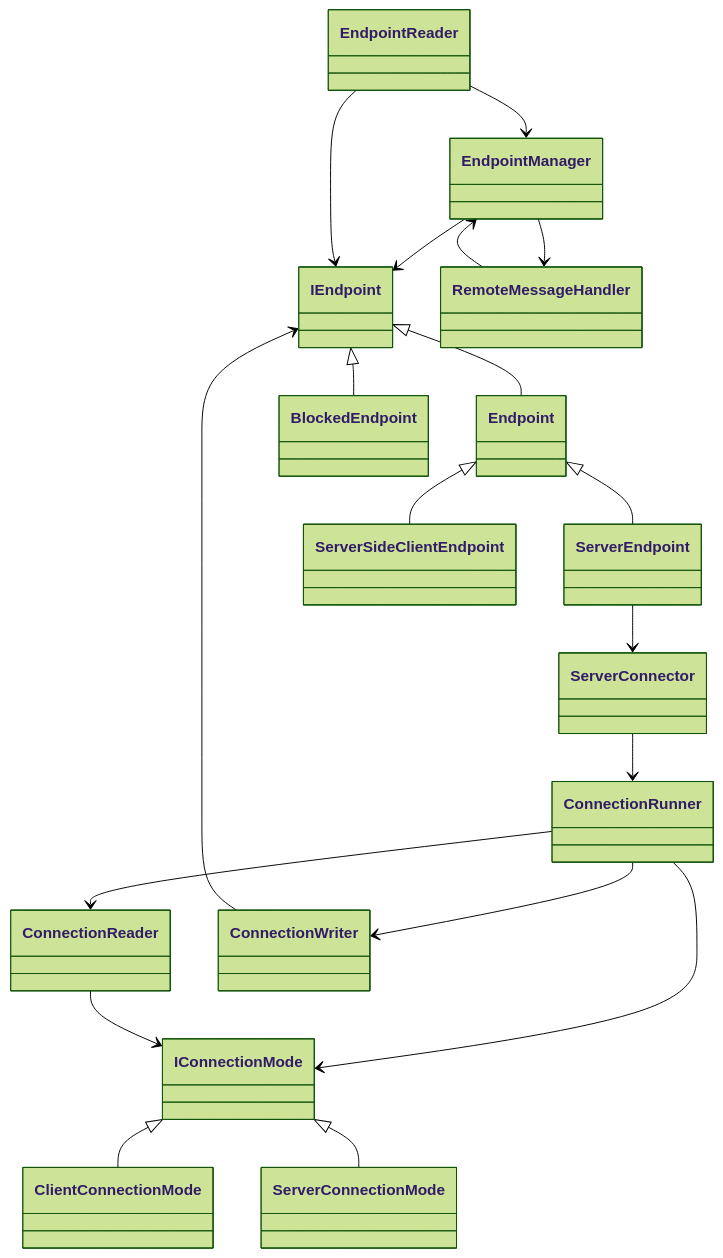
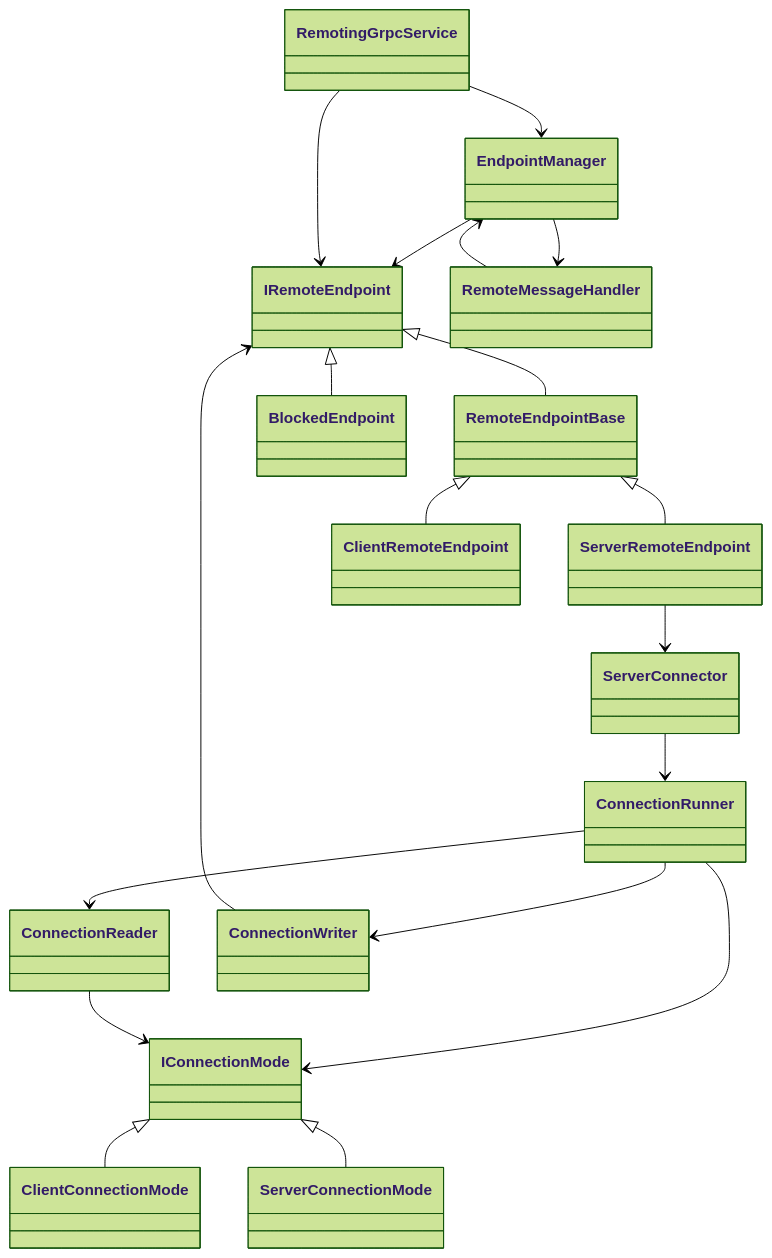
Before and after one commit to asynkron/protoactor-dotnet: the diagram in src/Proto.Remote/Endpoints/README.md, drawn with Mermaid (forest theme). The commit also changed other lines of this file and 17 other files, not shown here.

````diff
--- a/src/Proto.Remote/Endpoints/README.md
+++ b/src/Proto.Remote/Endpoints/README.md
@@ -40,22 +39,22 @@
 ```mermaid
 classDiagram
-    IEndpoint <|-- Endpoint
-    Endpoint <|-- ServerEndpoint
-    Endpoint <|-- ServerSideClientEndpoint
-    IEndpoint <|-- BlockedEndpoint
+    IRemoteEndpoint <|-- RemoteEndpointBase
+    RemoteEndpointBase <|-- ServerRemoteEndpoint
+    RemoteEndpointBase <|-- ClientRemoteEndpoint
+    IRemoteEndpoint <|-- BlockedEndpoint
 
-    EndpointManager --> IEndpoint
+    EndpointManager --> IRemoteEndpoint
     EndpointManager --> RemoteMessageHandler
-    EndpointReader --> EndpointManager
-    EndpointReader --> IEndpoint
-    ServerEndpoint --> ServerConnector
+    RemotingGrpcService --> EndpointManager
+    RemotingGrpcService --> IRemoteEndpoint
+    ServerRemoteEndpoint --> ServerConnector
     ServerConnector --> ConnectionRunner
     ConnectionRunner --> ConnectionReader
     ConnectionRunner --> ConnectionWriter
     ConnectionRunner --> IConnectionMode
     IConnectionMode <|-- ClientConnectionMode
     IConnectionMode <|-- ServerConnectionMode
     ConnectionReader --> IConnectionMode
-    ConnectionWriter --> IEndpoint
+    ConnectionWriter --> IRemoteEndpoint
     RemoteMessageHandler --> EndpointManager
 ```
````
